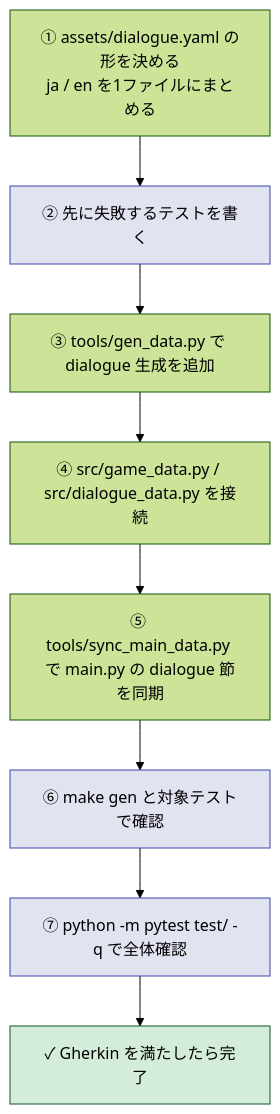
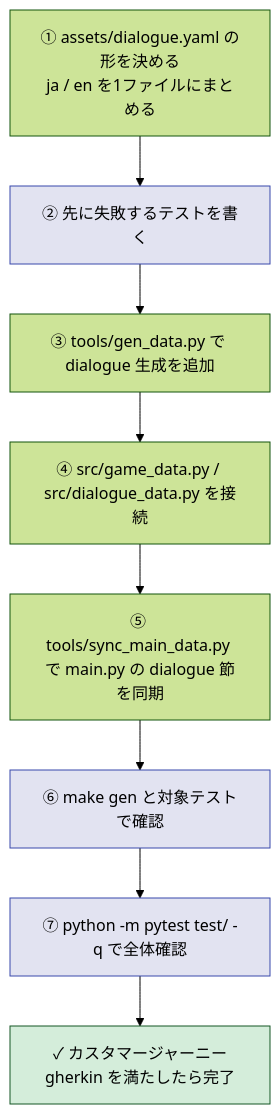
The sixth of 7 diagrams in docs/steering/done/20260412-j36-dialogue-ssot.md (tatsuro-ueda/code-quest-pyxel), drawn with Mermaid (forest theme) before and after one commit. The commit also changed other lines of this file and 27 other files, not shown here.

````diff
--- a/docs/steering/done/20260412-j36-dialogue-ssot.md
+++ b/docs/steering/done/20260412-j36-dialogue-ssot.md
@@ -178,16 +178,16 @@
 ```mermaid
 flowchart TD
     D1["① assets/dialogue.yaml の形を決める\nja / en を1ファイルにまとめる"] --> D2["② 先に失敗するテストを書く"]
     D2 --> D3["③ tools/gen_data.py で dialogue 生成を追加"]
     D3 --> D4["④ src/game_data.py / src/dialogue_data.py を接続"]
     D4 --> D5["⑤ tools/sync_main_data.py で main.py の dialogue 節を同期"]
     D5 --> D6["⑥ make gen と対象テストで確認"]
     D6 --> D7["⑦ python -m pytest test/ -q で全体確認"]
-    D7 --> DONE["✓ Gherkin を満たしたら完了"]
+    D7 --> DONE["✓ カスタマージャーニーgherkin を満たしたら完了"]
 
     classDef gate fill:#e2e3f1,stroke:#3949ab,color:#000000;
     classDef done fill:#d4edda,stroke:#155724,color:#000000;
 
     class D2,D6,D7 gate;
     class DONE done;
 ```
````
